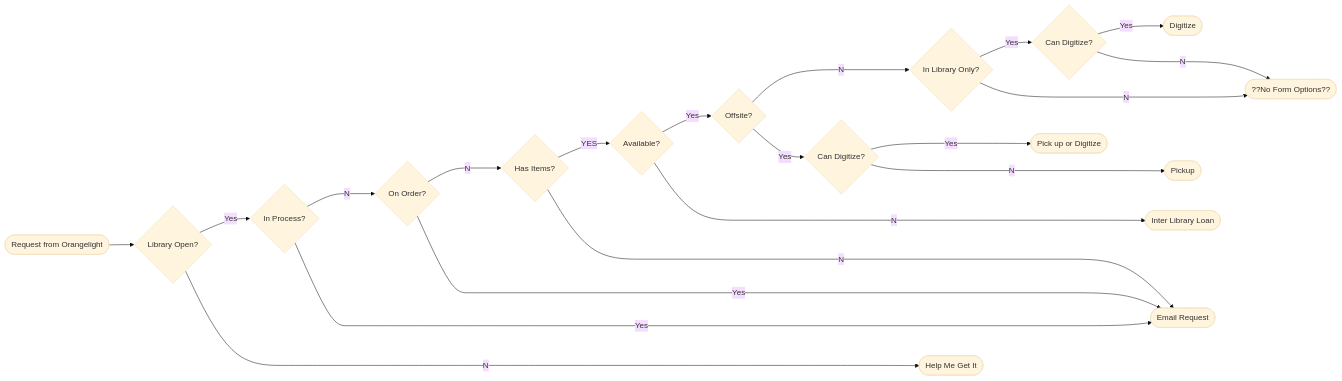
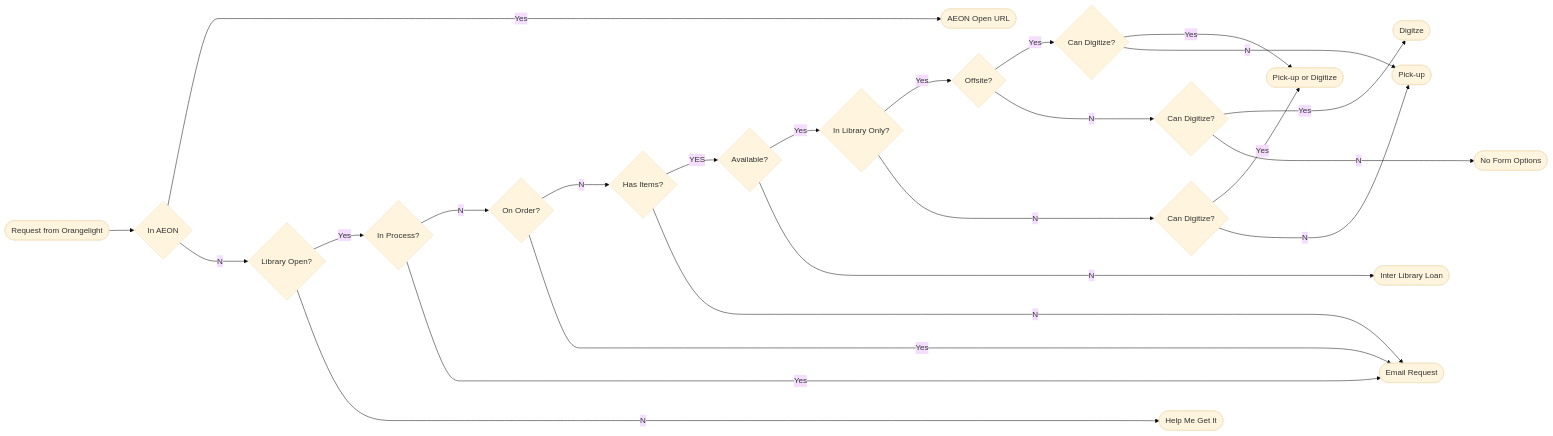
One commit to pulibrary/requests changed the diagram in docs/request_form_diagram.md. Above: the diagram before and after it, drawn with Mermaid (base theme).

Commit message:
Updated to validate the entire doc

````diff
--- a/docs/request_form_diagram.md
+++ b/docs/request_form_diagram.md
@@ -1,22 +1,26 @@
 ```mermaid
 graph LR;
-REQ([Request from Orangelight])-->OPEN{Library Open?}
+REQ([Request from Orangelight])-->AEON{In AEON}
+AEON--Yes----------->AEONSYS([AEON Open URL])
+AEON--No-->OPEN{Library Open?}
 OPEN--Yes-->INPROCESS{In Process?}
-OPEN--No--------->HELP([Help Me Get It])
+OPEN--No---------->HELP([Help Me Get It])
 INPROCESS--No-->ONORDER{On Order?}
 INPROCESS--Yes-->EMAIL([Email Request])
 ONORDER--No-->ITEMS{Has Items?}
 ITEMS--YES-->AVAIL{Available?}
-AVAIL--Yes-->OFFSITE{"Offsite?"}
-ITEMS--No------>EMAIL
+AVAIL--Yes-->INLIB{In Library Only?}
+ITEMS--No------->EMAIL
 ONORDER--Yes-->EMAIL
-AVAIL--No----->ILL([Inter Library Loan])
-OFFSITE--No-->INLIB{In Library Only?}
-INLIB--Yes-->DIG{Can Digitize?}
-DIG--Yes-->L([Digitize])
-DIG--No-->NOOPT([??No Form Options?? ])
-INLIB--No-->NOOPT
+AVAIL--No------>ILL([Inter Library Loan])
+INLIB--Yes-->OFFSITE{"Offsite?"}
+INLIB--No-->DIG{Can Digitize?}
+DIG--Yes-->PICKDIG
+DIG--No-->PICK
 OFFSITE--Yes-->OFFSITEDIG{Can Digitize?}
-OFFSITEDIG--Yes--->PICKDIG([Pick up or Digitize])
-OFFSITEDIG--No--->PICK([Pickup])
+OFFSITE--No-->OFFSITEINDIG{Can Digitize?}
+OFFSITEINDIG--Yes--->DIGITIZE([Digitze])
+OFFSITEINDIG--No--->NOOPT([No Form Options ])
+OFFSITEDIG--Yes--->PICKDIG([Pick-up or Digitize])
+OFFSITEDIG--No--->PICK([Pick-up])
 ```
````
